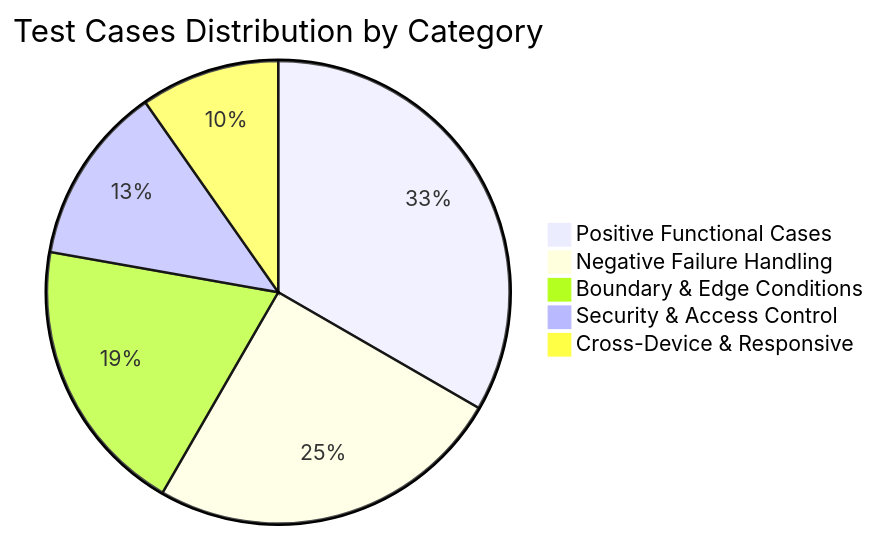
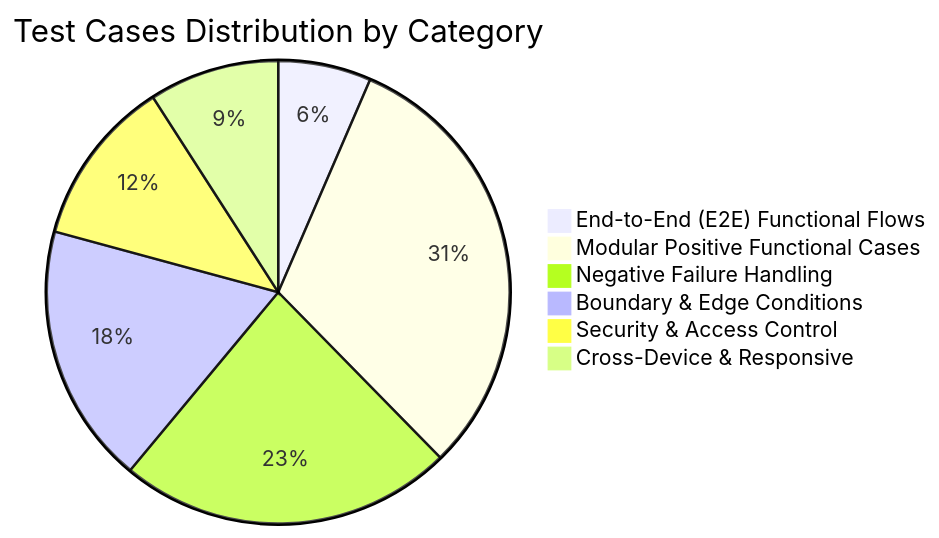
The diagram in QA/TEST_CASES.md (Auna19/Uban-Harkalla), drawn with Mermaid before and after one commit. The commit also changed other lines of this file, not shown here.

Commit message:
docs(qa): add comprehensive master end-to-end (E2E) functional user journey test suite

````diff
--- a/QA/TEST_CASES.md
+++ b/QA/TEST_CASES.md
@@ -14,8 +14,9 @@
 ```mermaid
 pie title Test Cases Distribution by Category
-    "Positive Functional Cases" : 48
+    "End-to-End (E2E) Functional Flows" : 10
+    "Modular Positive Functional Cases" : 48
     "Negative Failure Handling" : 36
     "Boundary & Edge Conditions" : 28
     "Security & Access Control" : 18
     "Cross-Device & Responsive" : 14
 ```
````
